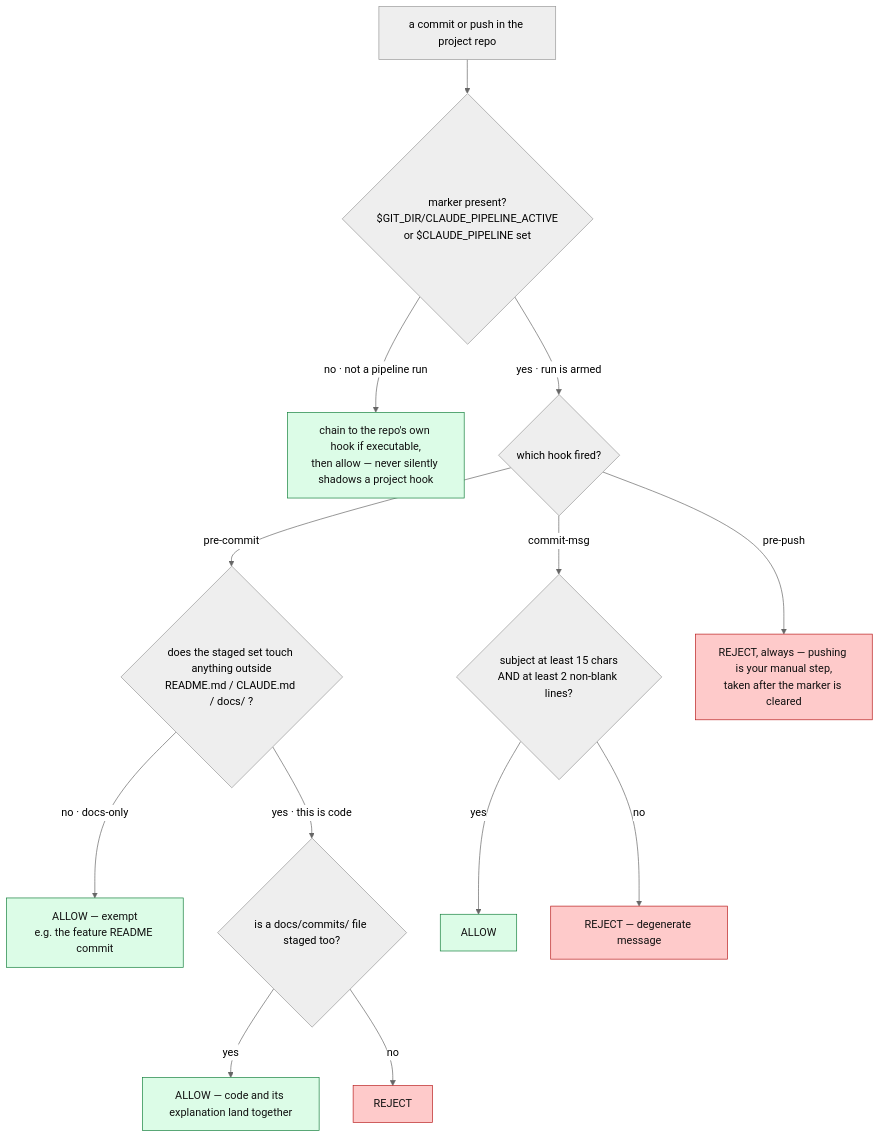
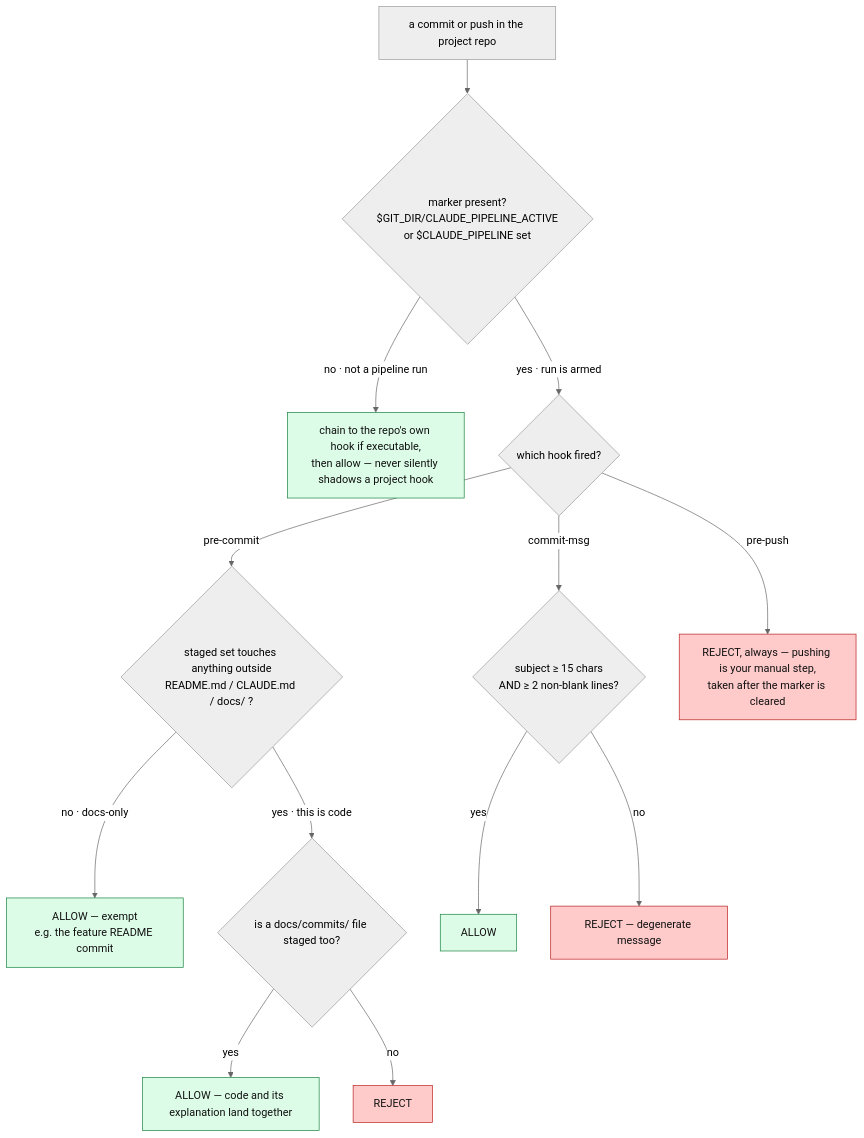
Before and after one commit to var-pi/dotfiles: the third of 3 diagrams in .claude/PIPELINE.md, drawn with Mermaid (neutral theme). The commit also changed other lines of this file, not shown here.

First line of the commit message:
PIPELINE.md: cut 289 -> 211 lines and fix two-session-old staleness

````diff
--- a/.claude/PIPELINE.md
+++ b/.claude/PIPELINE.md
@@ -166,23 +121,23 @@
 ```mermaid
 flowchart TD
     C["a commit or push in the project repo"] --> M{"marker present?<br/>$GIT_DIR/CLAUDE_PIPELINE_ACTIVE<br/>or $CLAUDE_PIPELINE set"}
     M -- "no · not a pipeline run" --> LOCAL["chain to the repo's own hook if executable,<br/>then allow — never silently shadows a project hook"]
     M -- "yes · run is armed" --> W{"which hook fired?"}
 
-    W -- "pre-commit" --> PC{"does the staged set touch anything outside<br/>README.md / CLAUDE.md / docs/ ?"}
+    W -- "pre-commit" --> PC{"staged set touches anything outside<br/>README.md / CLAUDE.md / docs/ ?"}
     PC -- "no · docs-only" --> OK1["ALLOW — exempt<br/>e.g. the feature README commit"]
     PC -- "yes · this is code" --> PC2{"is a docs/commits/ file staged too?"}
     PC2 -- "yes" --> OK2["ALLOW — code and its explanation land together"]
     PC2 -- "no" --> X1["REJECT"]
 
-    W -- "commit-msg" --> CM{"subject at least 15 chars<br/>AND at least 2 non-blank lines?"}
+    W -- "commit-msg" --> CM{"subject ≥ 15 chars<br/>AND ≥ 2 non-blank lines?"}
     CM -- "yes" --> OK3["ALLOW"]
     CM -- "no" --> X2["REJECT — degenerate message"]
 
     W -- "pre-push" --> X3["REJECT, always — pushing is your manual step,<br/>taken after the marker is cleared"]
 
     classDef ok fill:#dcfce7,stroke:#15803d,color:#111;
     classDef no fill:#fecaca,stroke:#b91c1c,color:#111;
     class OK1,OK2,OK3,LOCAL ok;
     class X1,X2,X3 no;
 ```
````
